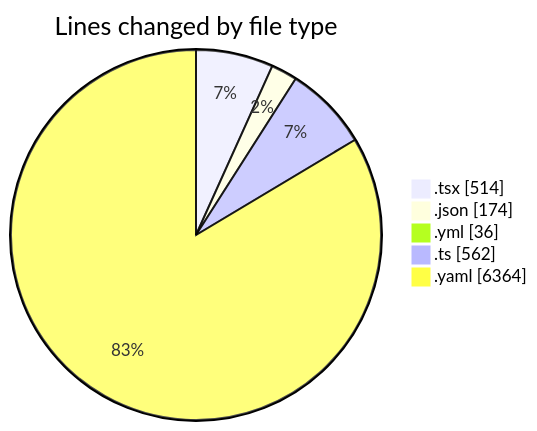
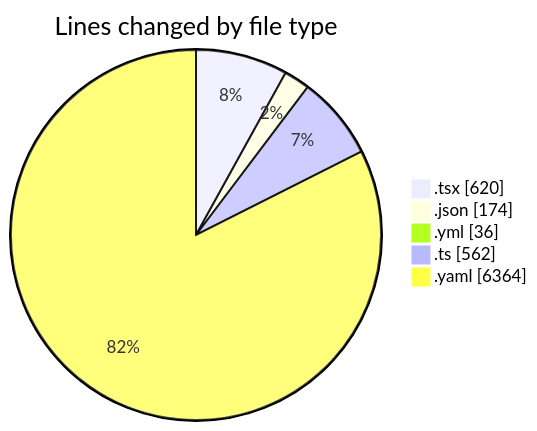
The first of 2 diagrams in 2025-11-27/eventscop-frontend-guide__workspace_/README.md (julien-gomy/code-tracking), drawn with Mermaid before and after one commit. The commit also changed other lines of this file and 1 other file, not shown here.

````diff
--- a/2025-11-27/eventscop-frontend-guide__workspace_/README.md
+++ b/2025-11-27/eventscop-frontend-guide__workspace_/README.md
@@ -36,9 +37,9 @@
 ```mermaid
 pie showData
 title Lines changed by file type
-".tsx" : 514
+".tsx" : 620
 ".json" : 174
 ".yml" : 36
 ".ts" : 562
 ".yaml" : 6364
 ```
````
